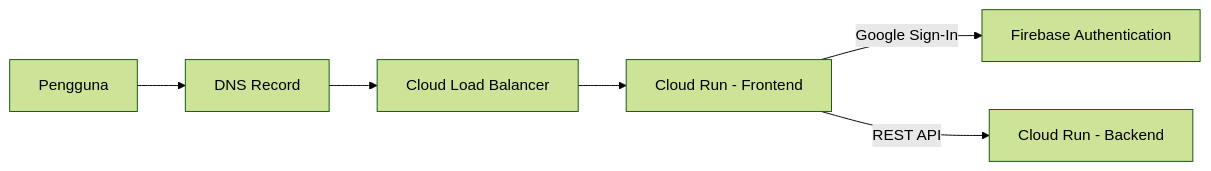
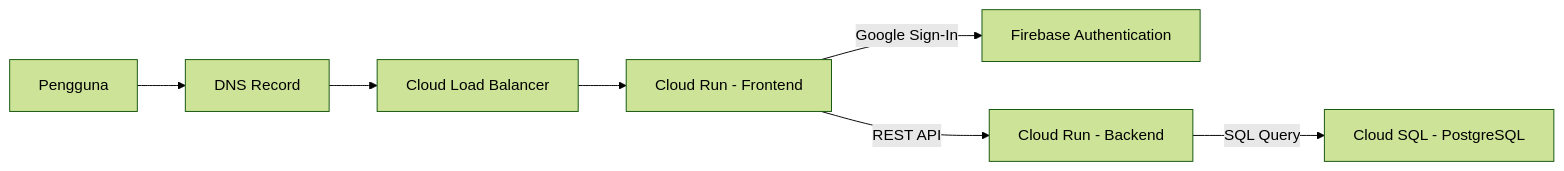
Before and after one commit to mustafamadjid/tugas-besar_cloud_computing: the first of 2 diagrams in dokumentasi-arsitektur.md, drawn with Mermaid (forest theme). The commit also changed other lines of this file, not shown here.

Commit message:
Document Cloud SQL in GCP architecture

````diff
--- a/dokumentasi-arsitektur.md
+++ b/dokumentasi-arsitektur.md
@@ -13,8 +14,9 @@
 ```mermaid
 flowchart LR
     User[Pengguna] --> DNS[DNS Record]
     DNS --> LB[Cloud Load Balancer]
     LB --> FE[Cloud Run - Frontend]
     FE -->|Google Sign-In| Firebase[Firebase Authentication]
     FE -->|REST API| BE[Cloud Run - Backend]
+    BE -->|SQL Query| CloudSQL[Cloud SQL - PostgreSQL]
 ```
````
